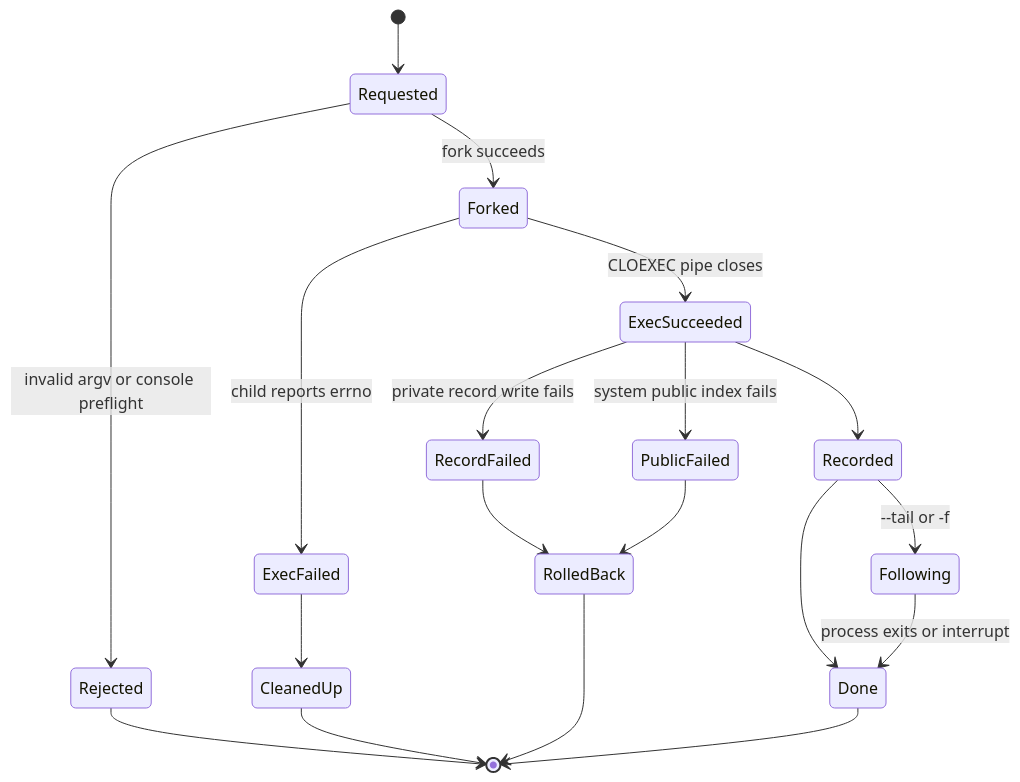
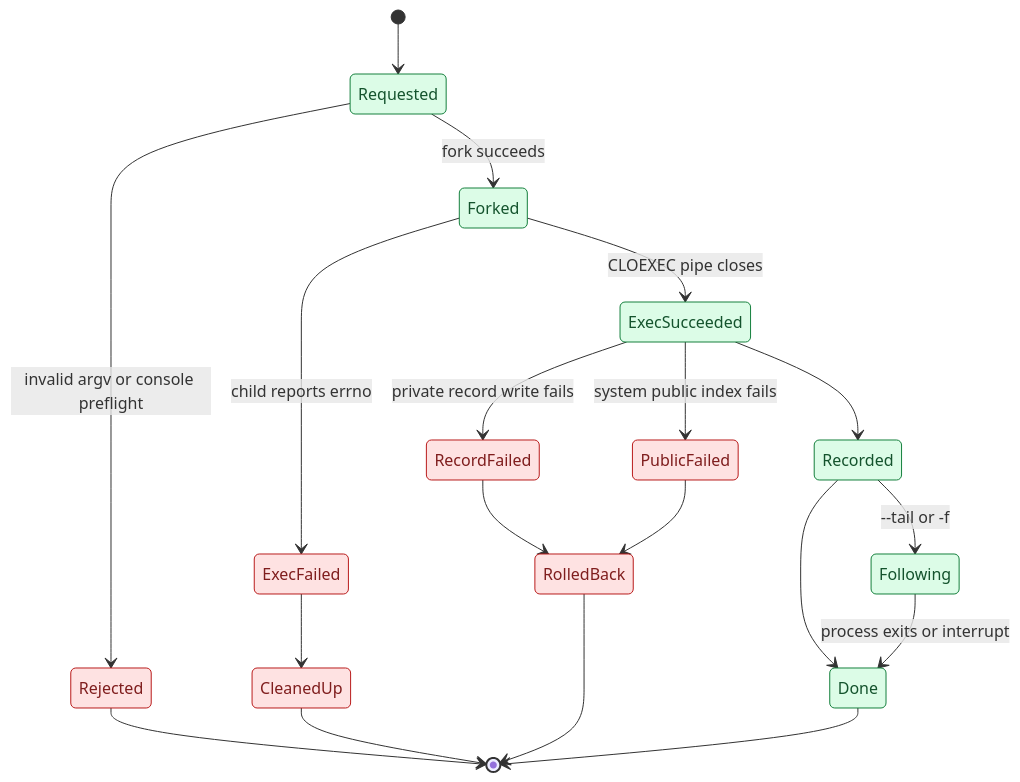
Before and after one commit to RchGrav/onhold: the second of 2 diagrams in docs/launcher.md, drawn with Mermaid. The commit also changed other lines of this file and 13 other files, not shown here.

````diff
--- a/docs/launcher.md
+++ b/docs/launcher.md
@@ -55,21 +62,27 @@
 ```mermaid
 stateDiagram-v2
     [*] --> Requested
     Requested --> Rejected: invalid argv or console preflight
     Requested --> Forked: fork succeeds
     Forked --> ExecFailed: child reports errno
     ExecFailed --> CleanedUp
     Forked --> ExecSucceeded: CLOEXEC pipe closes
     ExecSucceeded --> RecordFailed: private record write fails
     RecordFailed --> RolledBack
     ExecSucceeded --> PublicFailed: system public index fails
     PublicFailed --> RolledBack
     ExecSucceeded --> Recorded
     Recorded --> Following: --tail or -f
     Recorded --> Done
     Following --> Done: process exits or interrupt
     Rejected --> [*]
     CleanedUp --> [*]
     RolledBack --> [*]
     Done --> [*]
+
+    classDef good fill:#dcfce7,stroke:#15803d,color:#14532d
+    classDef bad fill:#fee2e2,stroke:#b91c1c,color:#7f1d1d
+    classDef state fill:#fef3c7,stroke:#b45309,color:#78350f
+    class Requested,Forked,ExecSucceeded,Recorded,Following,Done good
+    class ExecFailed,RecordFailed,PublicFailed,Rejected,CleanedUp,RolledBack bad
 ```
````
